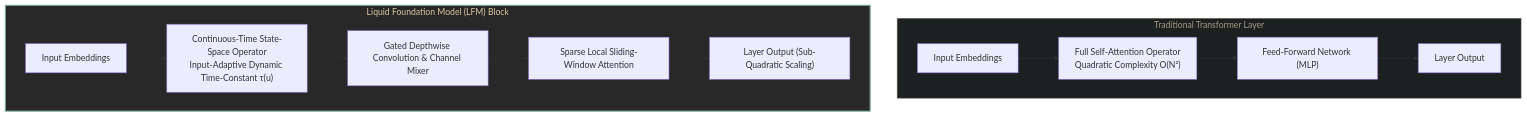
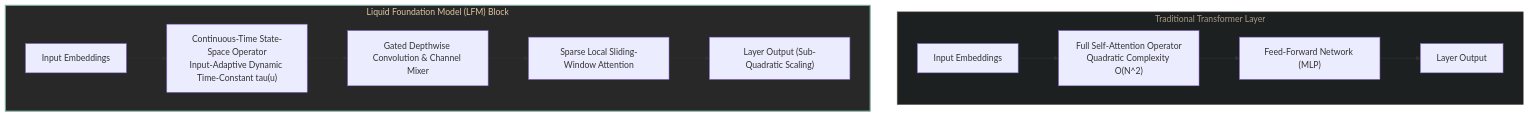
One commit to parth-sarthi-code/ProductLens-Sentiment changed the second of 6 diagrams in docs/ARCHITECTURE.md. Above: the diagram before and after it, drawn with Mermaid. The commit also changed other lines of this file and 1 other file, not shown here.

Commit message:
fix(docs): overhaul all Mermaid diagrams for full GitHub rendering compatibility

````diff
--- a/docs/ARCHITECTURE.md
+++ b/docs/ARCHITECTURE.md
@@ -72,18 +72,18 @@
 ```mermaid
 flowchart TD
     subgraph StandardTransformer ["Traditional Transformer Layer"]
-        T_IN["Input Embeddings"] --> T_ATTN["Full Self-Attention Operator\nQuadratic Complexity O(N²)"]
+        T_IN["Input Embeddings"] --> T_ATTN["Full Self-Attention Operator<br/>Quadratic Complexity O(N^2)"]
         T_ATTN --> T_FFN["Feed-Forward Network (MLP)"]
         T_FFN --> T_OUT["Layer Output"]
     end
 
     subgraph LiquidBlock ["Liquid Foundation Model (LFM) Block"]
-        L_IN["Input Embeddings"] --> LSSM["Continuous-Time State-Space Operator\nInput-Adaptive Dynamic Time-Constant τ(u)"]
+        L_IN["Input Embeddings"] --> LSSM["Continuous-Time State-Space Operator<br/>Input-Adaptive Dynamic Time-Constant tau(u)"]
         LSSM --> GATED["Gated Depthwise Convolution & Channel Mixer"]
         GATED --> L_ATTN["Sparse Local Sliding-Window Attention"]
         L_ATTN --> L_OUT["Layer Output (Sub-Quadratic Scaling)"]
     end
 
     style LiquidBlock fill:#282828,stroke:#7daea3,stroke-width:2px,color:#ddc7a1
     style StandardTransformer fill:#1d2021,stroke:#7c6f64,stroke-width:1px,color:#a89984
 ```
````
